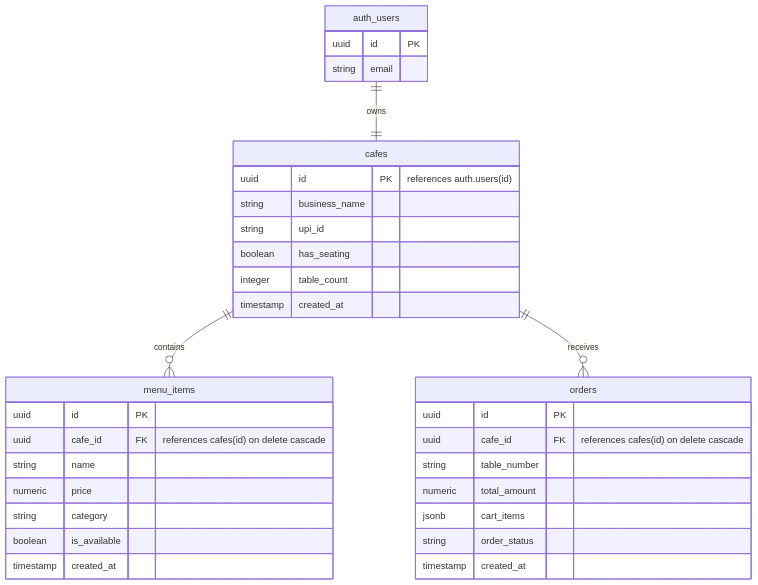
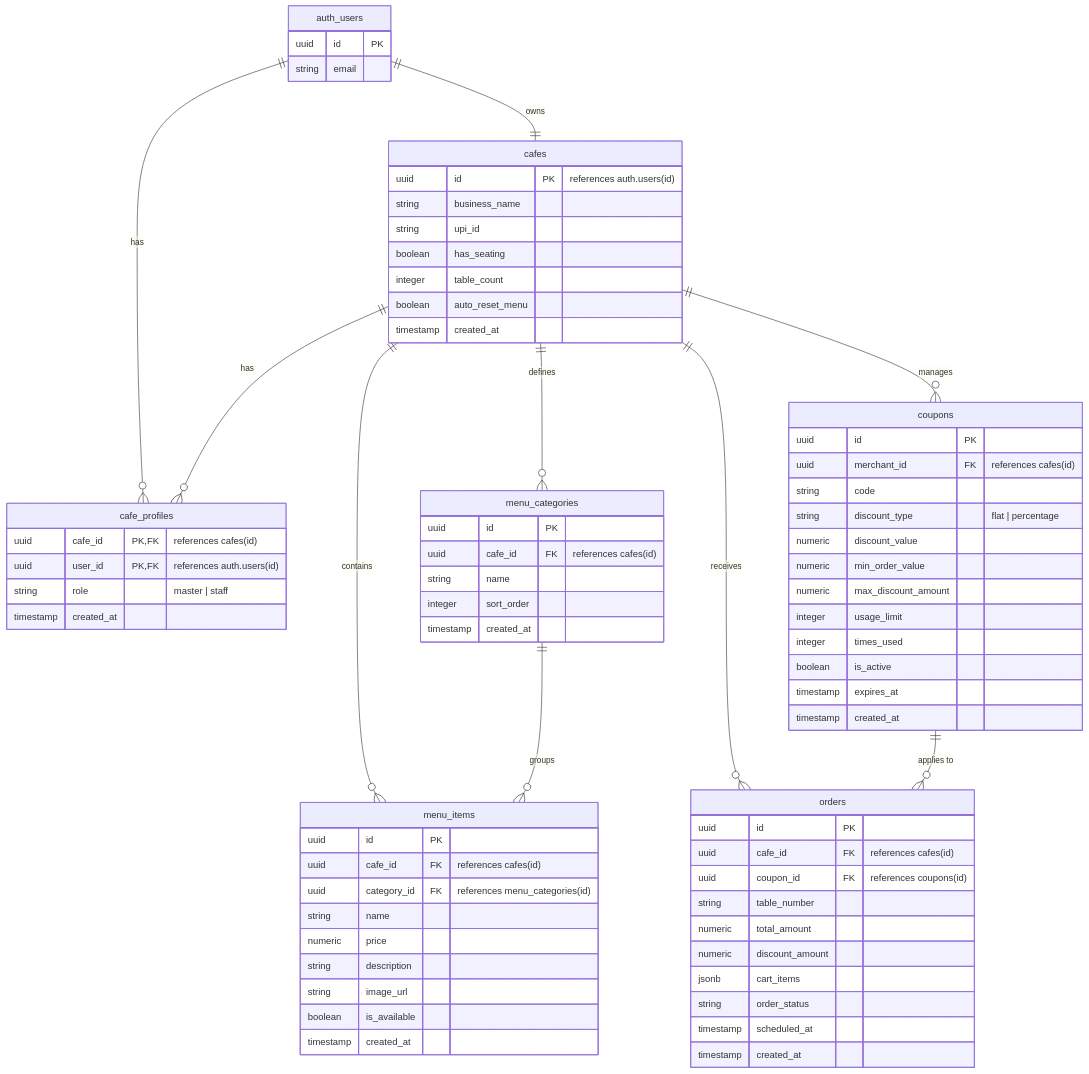
The diagram in README.md (Spido7/quickorder), drawn with Mermaid before and after one commit. The commit also changed other lines of this file, not shown here.

Commit message:
docs: update README with coupons, scheduling, RBAC, daily resets, and menu categories

````diff
--- a/README.md
+++ b/README.md
@@ -37,37 +43,76 @@
 ```mermaid
 erDiagram
     auth_users {
         uuid id PK
         string email
     }
     cafes {
         uuid id PK "references auth.users(id)"
         string business_name
         string upi_id
         boolean has_seating
         integer table_count
+        boolean auto_reset_menu
+        timestamp created_at
+    }
+    cafe_profiles {
+        uuid cafe_id PK, FK "references cafes(id)"
+        uuid user_id PK, FK "references auth.users(id)"
+        string role "master | staff"
+        timestamp created_at
+    }
+    menu_categories {
+        uuid id PK
+        uuid cafe_id FK "references cafes(id)"
+        string name
+        integer sort_order
         timestamp created_at
     }
     menu_items {
         uuid id PK
-        uuid cafe_id FK "references cafes(id) on delete cascade"
+        uuid cafe_id FK "references cafes(id)"
+        uuid category_id FK "references menu_categories(id)"
         string name
         numeric price
-        string category
+        string description
+        string image_url
         boolean is_available
+        timestamp created_at
+    }
+    coupons {
+        uuid id PK
+        uuid merchant_id FK "references cafes(id)"
+        string code
+        string discount_type "flat | percentage"
+        numeric discount_value
+        numeric min_order_value
+        numeric max_discount_amount
+        integer usage_limit
+        integer times_used
+        boolean is_active
+        timestamp expires_at
         timestamp created_at
     }
     orders {
         uuid id PK
-        uuid cafe_id FK "references cafes(id) on delete cascade"
+        uuid cafe_id FK "references cafes(id)"
+        uuid coupon_id FK "references coupons(id)"
         string table_number
         numeric total_amount
+        numeric discount_amount
         jsonb cart_items
         string order_status
+        timestamp scheduled_at
         timestamp created_at
     }
 
     auth_users ||--|| cafes : "owns"
+    auth_users ||--o{ cafe_profiles : "has"
+    cafes ||--o{ cafe_profiles : "has"
+    cafes ||--o{ menu_categories : "defines"
     cafes ||--o{ menu_items : "contains"
+    menu_categories ||--o{ menu_items : "groups"
+    cafes ||--o{ coupons : "manages"
     cafes ||--o{ orders : "receives"
+    coupons ||--o{ orders : "applies to"
 ```
````
